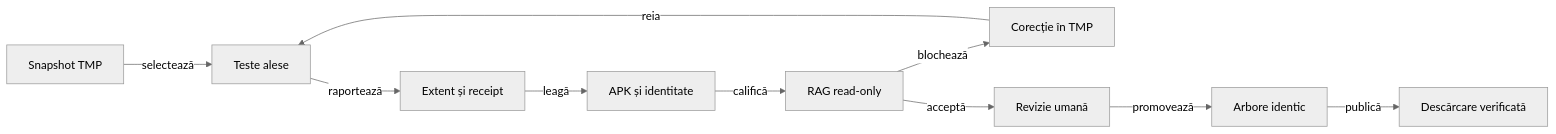
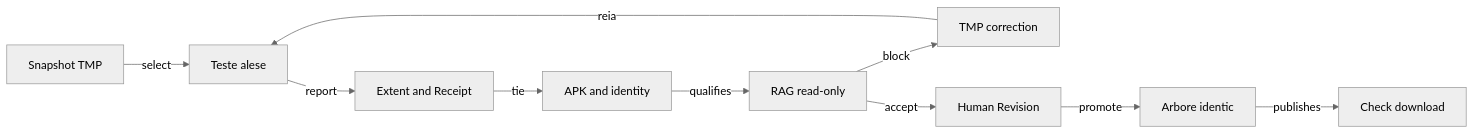
One commit to crististefanita/atf_j4 changed the second of 2 diagrams in docs/testing/ATF_ReleaseQualification.md. Above: the diagram before and after it, drawn with Mermaid (neutral theme). The commit also changed other lines of this file and 122 other files, not shown here.

````diff
--- a/docs/testing/ATF_ReleaseQualification.md
+++ b/docs/testing/ATF_ReleaseQualification.md
@@ -125,12 +125,12 @@
 ```mermaid
 flowchart LR
-    SNAP[Snapshot TMP] -->|selectează| TEST[Teste alese]
-    TEST -->|raportează| EXT[Extent și receipt]
-    EXT -->|leagă| APK[APK și identitate]
-    APK -->|califică| RAG[RAG read-only]
-    RAG -->|blochează| FIX[Corecție în TMP]
+    SNAP[Snapshot TMP] -->|select| TEST[Teste alese]
+    TEST -->|report| EXT[Extent and Receipt]
+    EXT -->|tie| APK[APK and identity]
+    APK -->|qualifies| RAG[RAG read-only]
+    RAG -->|block| FIX[TMP correction]
     FIX -->|reia| TEST
-    RAG -->|acceptă| REVIEW[Revizie umană]
-    REVIEW -->|promovează| MAIN[Arbore identic]
-    MAIN -->|publică| PUB[Descărcare verificată]
+    RAG -->|accept| REVIEW[Human Revision]
+    REVIEW -->|promote| MAIN[Arbore identic]
+    MAIN -->|publishes| PUB[Check download]
 ```
````
